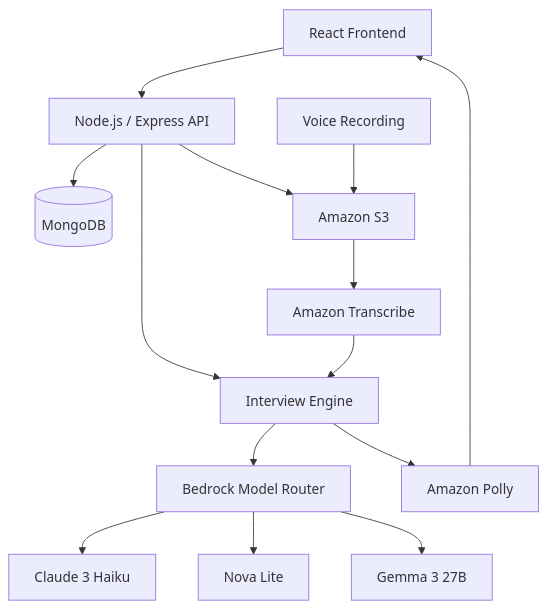
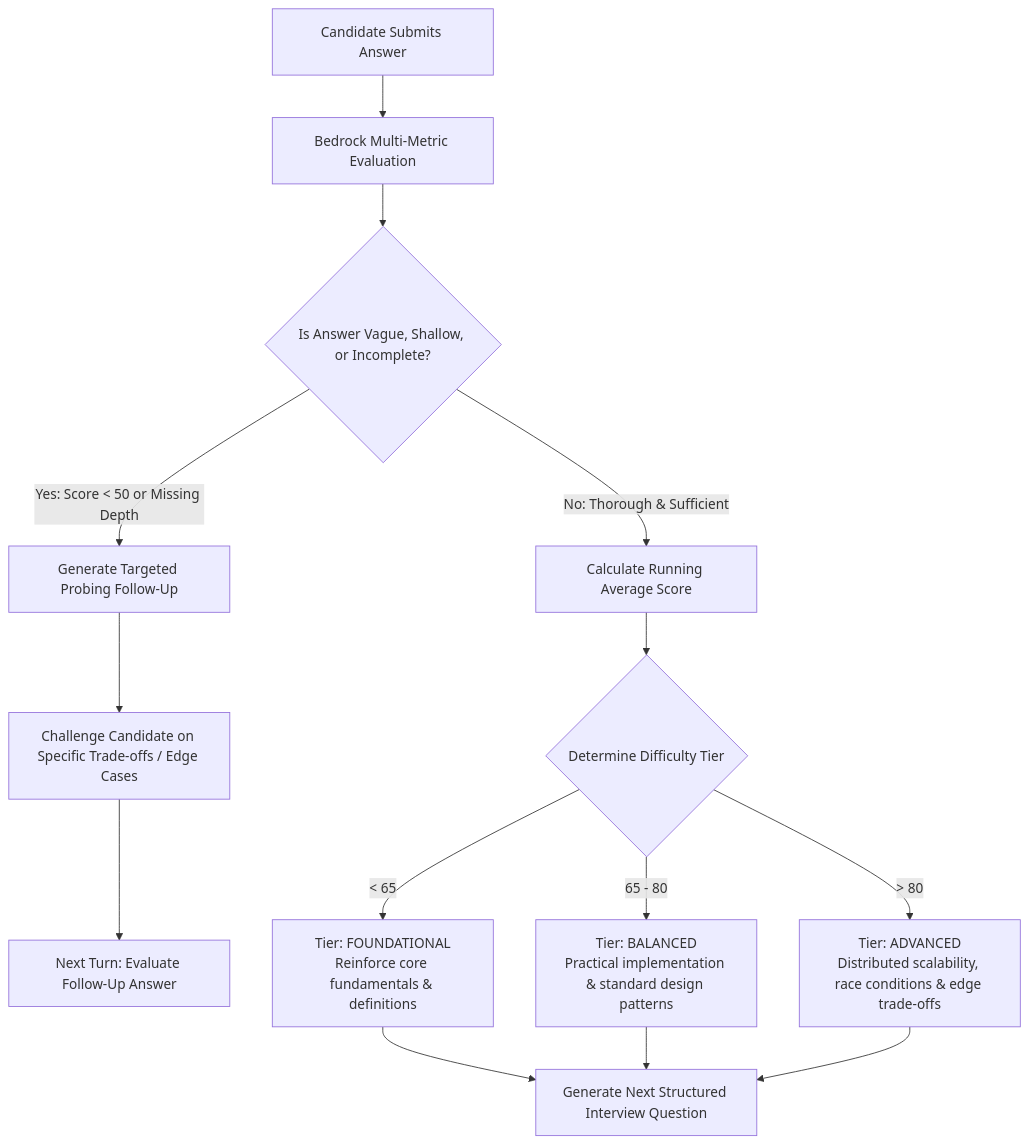
The third of 3 diagrams in README.md (Sanesh764/interviewCoach), drawn with Mermaid before and after one commit. The commit also changed other lines of this file and 2 other files, not shown here.

````diff
--- a/README.md
+++ b/README.md
@@ -62,20 +272,20 @@
 ```mermaid
 flowchart TD
-    A[React Frontend] --> B[Node.js / Express API]
-    B --> C[Interview Engine]
-    C --> D[Bedrock Model Router]
+    A[Candidate Submits Answer] --> B[Bedrock Multi-Metric Evaluation]
+    B --> C{Is Answer Vague, Shallow, or Incomplete?}
 
-    D --> E[Claude 3 Haiku]
-    D --> F[Nova Lite]
-    D --> G[Gemma 3 27B]
+    C -->|Yes: Score < 50 or Missing Depth| D[Generate Targeted Probing Follow-Up]
+    D --> E[Challenge Candidate on Specific Trade-offs / Edge Cases]
+    E --> F[Next Turn: Evaluate Follow-Up Answer]
 
-    B --> H[(MongoDB)]
-    B --> I[Amazon S3]
+    C -->|No: Thorough & Sufficient| G[Calculate Running Average Score]
+    G --> H{Determine Difficulty Tier}
 
-    J[Voice Recording] --> I
-    I --> K[Amazon Transcribe]
-    K --> C
+    H -->|< 65| I[Tier: FOUNDATIONAL<br/>Reinforce core fundamentals & definitions]
+    H -->|65 - 80| J[Tier: BALANCED<br/>Practical implementation & standard design patterns]
+    H -->|> 80| K[Tier: ADVANCED<br/>Distributed scalability, race conditions & edge trade-offs]
 
-    C --> L[Amazon Polly]
-    L --> A
+    I --> L[Generate Next Structured Interview Question]
+    J --> L
+    K --> L
 ```
````
